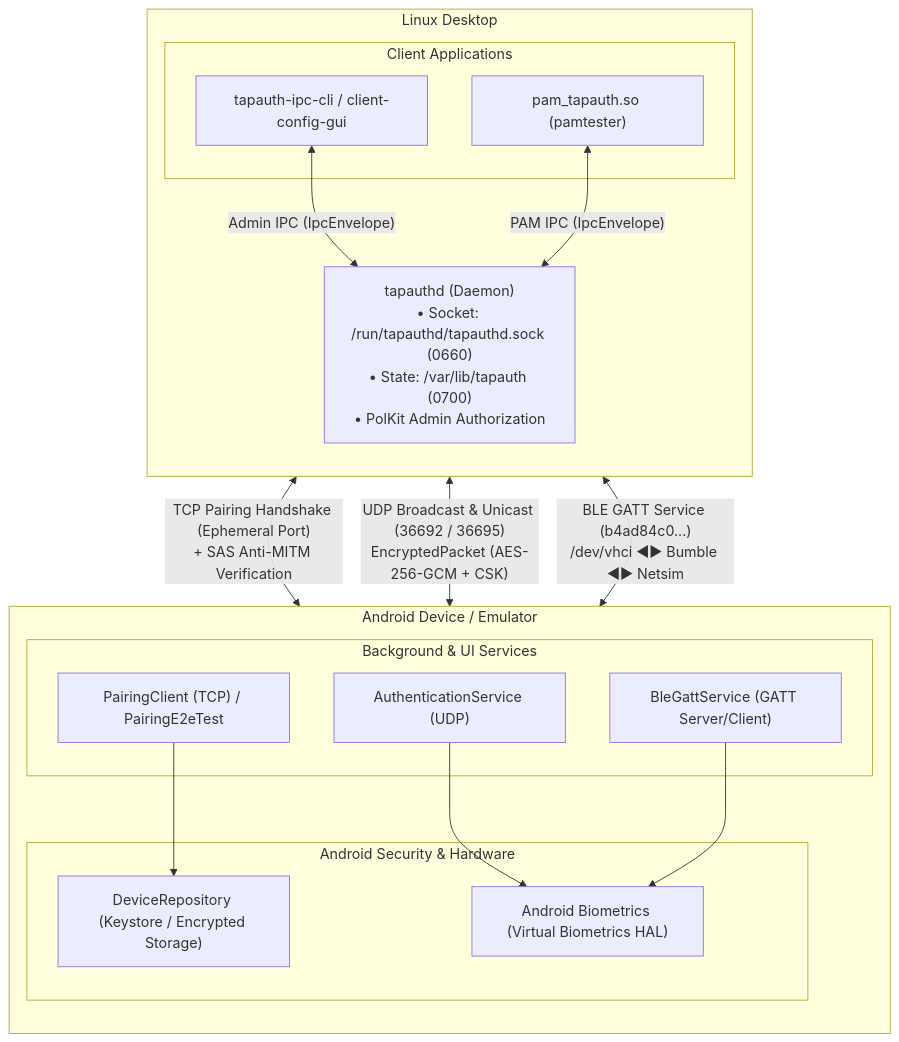
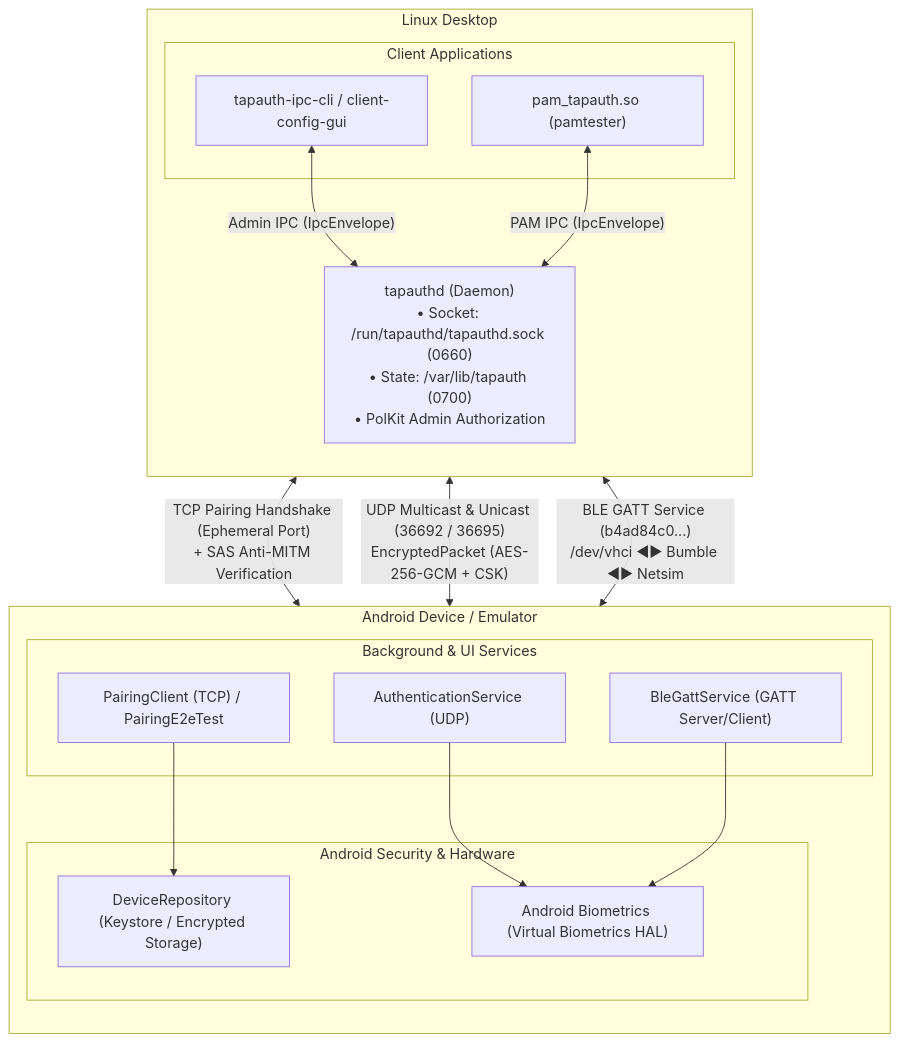
One commit to Lolle2000la/tapauth changed the diagram in docs/testing/e2e-testing-guide.md. Above: the diagram before and after it, drawn with Mermaid. The commit also changed other lines of this file and 13 other files, not shown here.

````diff
--- a/docs/testing/e2e-testing-guide.md
+++ b/docs/testing/e2e-testing-guide.md
@@ -11,37 +11,37 @@
 ```mermaid
 graph TB
     subgraph LinuxDesktop["Linux Desktop"]
         direction TB
         subgraph ClientApps["Client Applications"]
             IPC_CLI["tapauth-ipc-cli / client-config-gui"]
             PAM_MOD["pam_tapauth.so (pamtester)"]
         end
 
         DAEMON["tapauthd (Daemon)<br/>• Socket: /run/tapauthd/tapauthd.sock (0660)<br/>• State: /var/lib/tapauth (0700)<br/>• PolKit Admin Authorization"]
 
         IPC_CLI <-->|"Admin IPC (IpcEnvelope)"| DAEMON
         PAM_MOD <-->|"PAM IPC (IpcEnvelope)"| DAEMON
     end
 
     subgraph AndroidGuest["Android Device / Emulator"]
         direction TB
         subgraph AndroidServices["Background & UI Services"]
             PAIR_CLIENT["PairingClient (TCP) / PairingE2eTest"]
             AUTH_SRV["AuthenticationService (UDP)"]
             BLE_SRV["BleGattService (GATT Server/Client)"]
         end
 
         subgraph SecurityModules["Android Security & Hardware"]
             KEYSTORE["DeviceRepository (Keystore / Encrypted Storage)"]
             BIOMETRICS["Android Biometrics (Virtual Biometrics HAL)"]
         end
 
         PAIR_CLIENT --> KEYSTORE
         AUTH_SRV --> BIOMETRICS
         BLE_SRV --> BIOMETRICS
     end
 
     DAEMON <-->|"TCP Pairing Handshake (Ephemeral Port)<br/>+ SAS Anti-MITM Verification"| PAIR_CLIENT
-    DAEMON <-->|"UDP Broadcast & Unicast (36692 / 36695)<br/>EncryptedPacket (AES-256-GCM + CSK)"| AUTH_SRV
+    DAEMON <-->|"UDP Multicast & Unicast (36692 / 36695)<br/>EncryptedPacket (AES-256-GCM + CSK)"| AUTH_SRV
     DAEMON <-->|"BLE GATT Service (b4ad84c0...)<br/>/dev/vhci ◄► Bumble ◄► Netsim"| BLE_SRV
 ```
````
